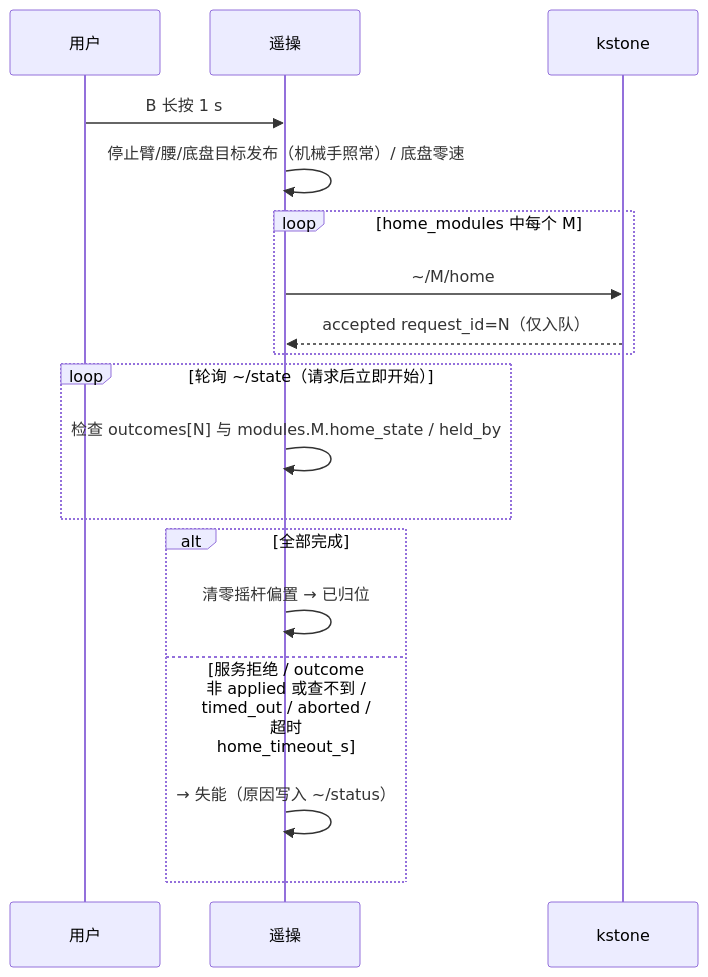
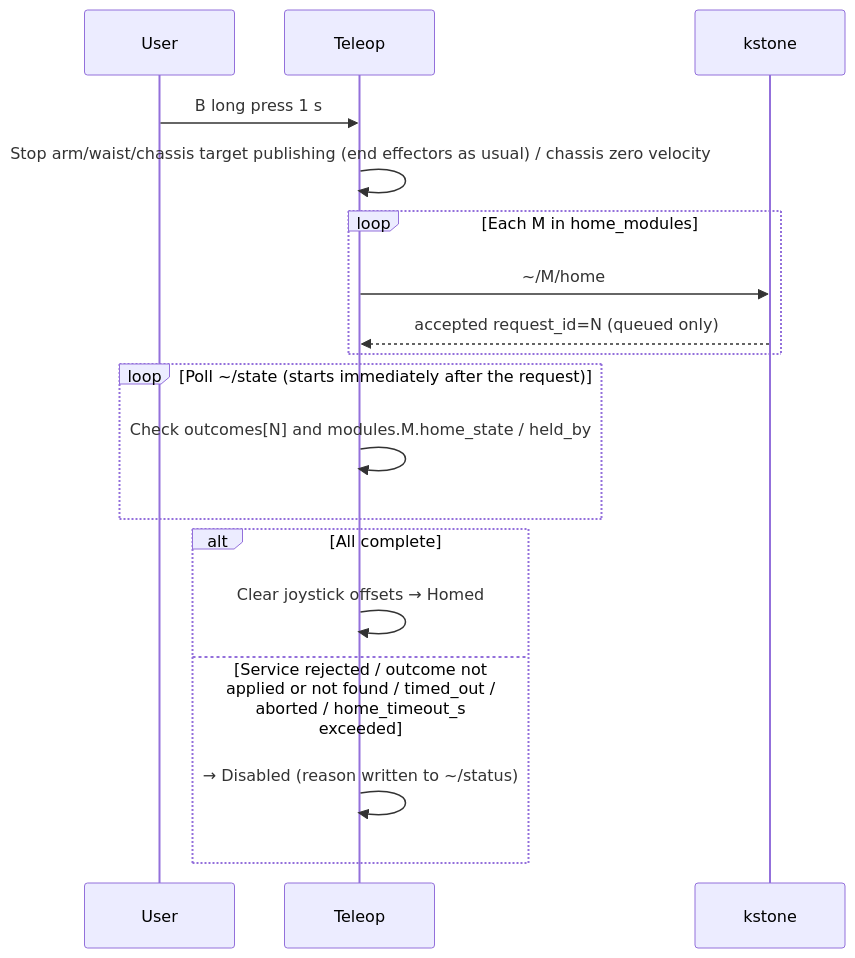
The sixth of 6 diagrams in lookie_teleop/docs/vr_teleop_dev_design.md (AgilexOpensource/lookie_ros), drawn with Mermaid before and after one commit. The commit also changed other lines of this file and 11 other files, not shown here.

````diff
--- a/lookie_teleop/docs/vr_teleop_dev_design.md
+++ b/lookie_teleop/docs/vr_teleop_dev_design.md
@@ -411,20 +391,20 @@
 ```mermaid
 sequenceDiagram
-    participant U as 用户
-    participant T as 遥操
+    participant U as User
+    participant T as Teleop
     participant K as kstone
-    U->>T: B 长按 1 s
-    T->>T: 停止臂/腰/底盘目标发布（机械手照常）/ 底盘零速
-    loop home_modules 中每个 M
+    U->>T: B long press 1 s
+    T->>T: Stop arm/waist/chassis target publishing (end effectors as usual) / chassis zero velocity
+    loop Each M in home_modules
         T->>K: ~/M/home
-        K-->>T: accepted request_id=N（仅入队）
+        K-->>T: accepted request_id=N (queued only)
     end
-    loop 轮询 ~/state（请求后立即开始）
-        T->>T: 检查 outcomes[N] 与 modules.M.home_state / held_by
+    loop Poll ~/state (starts immediately after the request)
+        T->>T: Check outcomes[N] and modules.M.home_state / held_by
     end
-    alt 全部完成
-        T->>T: 清零摇杆偏置 → 已归位
-    else 服务拒绝 / outcome 非 applied 或查不到 / timed_out / aborted / 超时 home_timeout_s
-        T->>T: → 失能（原因写入 ~/status）
+    alt All complete
+        T->>T: Clear joystick offsets → Homed
+    else Service rejected / outcome not applied or not found / timed_out / aborted / home_timeout_s exceeded
+        T->>T: → Disabled (reason written to ~/status)
     end
 ```
````
